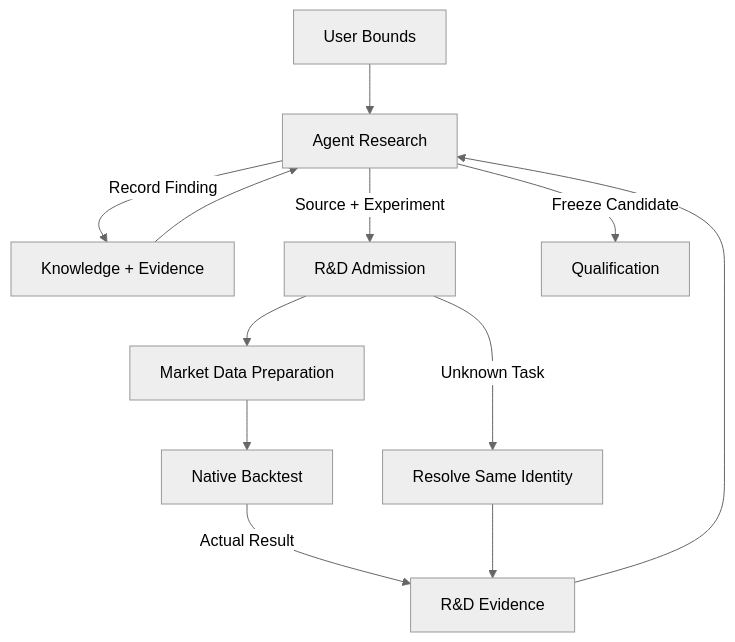
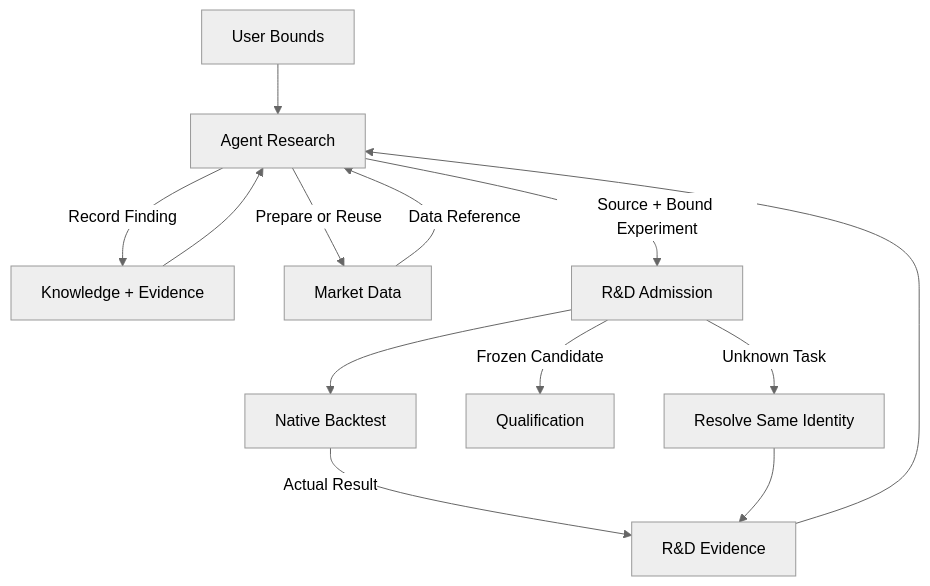
Before and after one commit to qOeOp/trade: the diagram in docs/owners/rd.md, drawn with Mermaid (neutral theme). The commit also changed other lines of this file and 56 other files, not shown here.

Commit message:
docs: simplify and unify product architecture documentation

````diff
--- a/docs/owners/rd.md
+++ b/docs/owners/rd.md
@@ -41,14 +96,15 @@
 ```mermaid
 flowchart TD
     U["User Bounds"] --> A["Agent Research"]
     K["Knowledge + Evidence"] --> A
-    A -->|"Source + Experiment"| R["R&D Admission"]
-    R --> M["Market Data Preparation"]
-    M --> B["Native Backtest"]
+    A -->|"Prepare or Reuse"| M["Market Data"]
+    M -->|"Data Reference"| A
+    A -->|"Source + Bound Experiment"| R["R&D Admission"]
+    R --> B["Native Backtest"]
     B -->|"Actual Result"| E["R&D Evidence"]
     E --> A
     A -->|"Record Finding"| K
-    A -->|"Freeze Candidate"| Q["Qualification"]
+    R -->|"Frozen Candidate"| Q["Qualification"]
     R -->|"Unknown Task"| W["Resolve Same Identity"]
     W --> E
 ```
````
